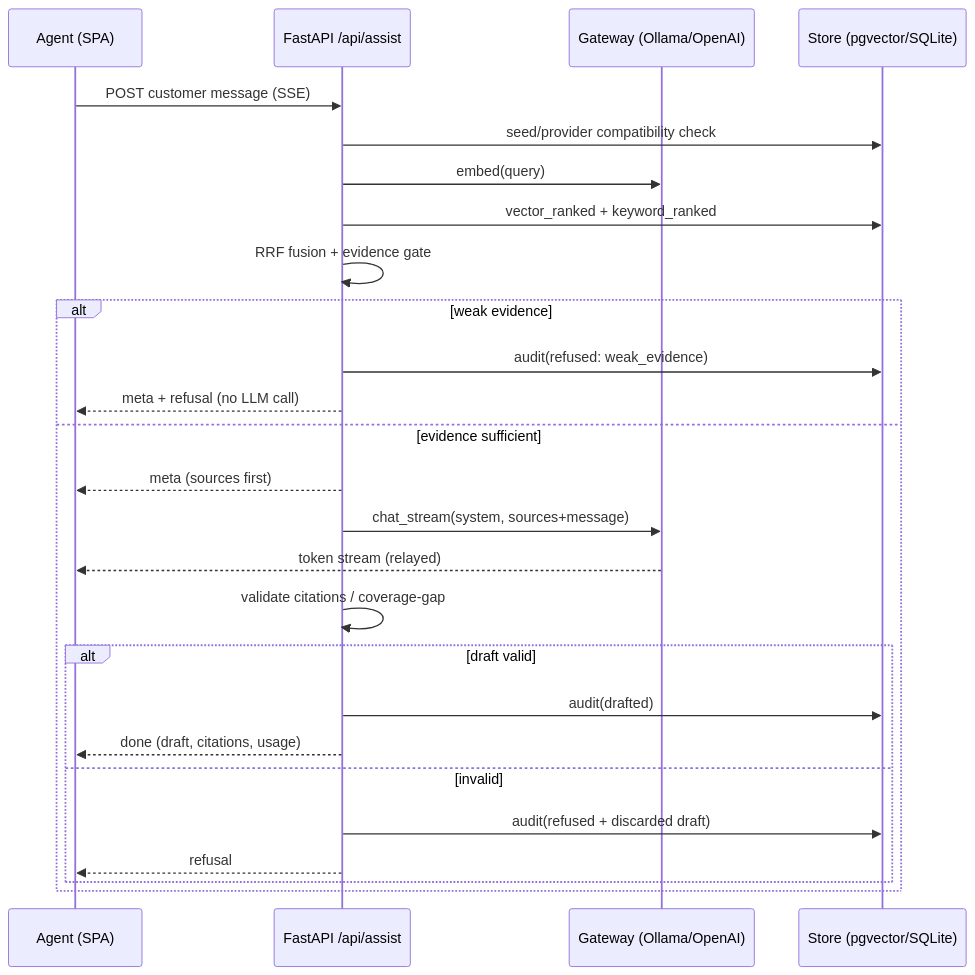
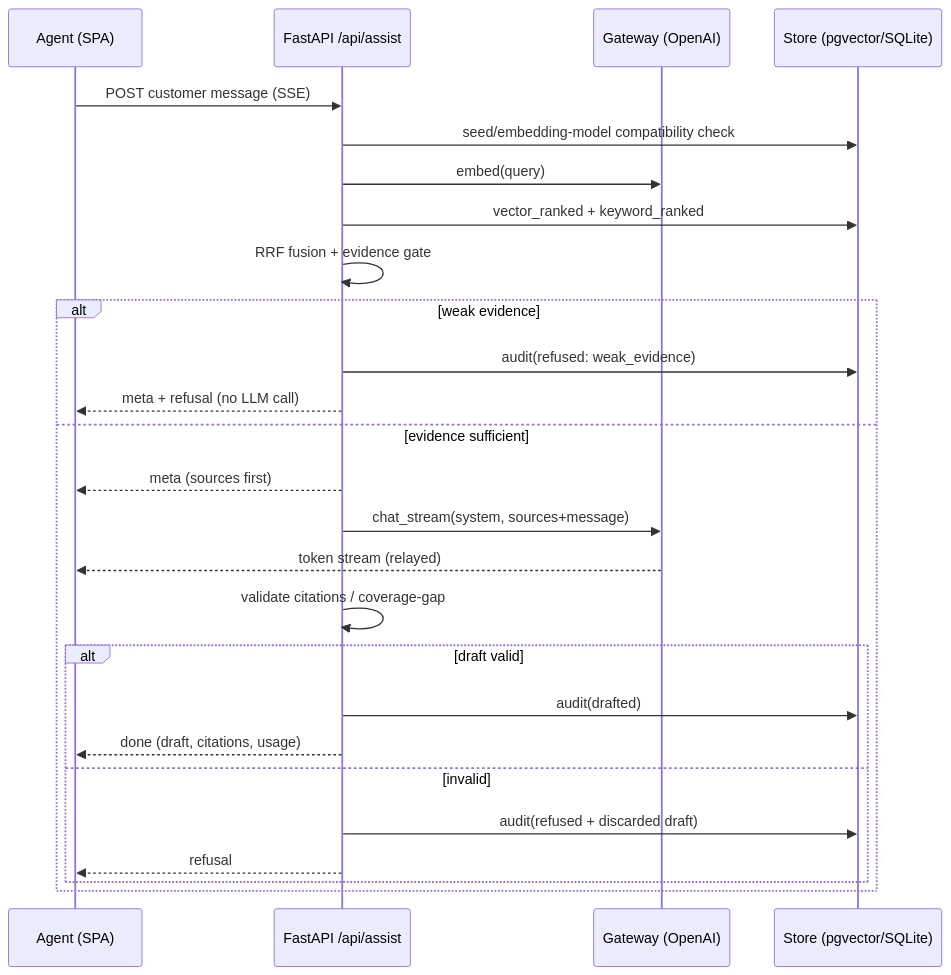
Before and after one commit to moschineS/ai-support-assistant: the third of 3 diagrams in docs/architecture.md, drawn with Mermaid. The commit also changed other lines of this file and 15 other files, not shown here.

Commit message:
remove Ollama path: single OpenAI-compatible gateway (Azure OpenAI in target), embed-model seed guard, typed HTTP error wrapping; docs and demo script updated, offline-fallback claim fixed

````diff
--- a/docs/architecture.md
+++ b/docs/architecture.md
@@ -89,29 +90,29 @@
 ```mermaid
 sequenceDiagram
     participant A as Agent (SPA)
     participant R as FastAPI /api/assist
-    participant G as Gateway (Ollama/OpenAI)
+    participant G as Gateway (OpenAI)
     participant S as Store (pgvector/SQLite)
 
     A->>R: POST customer message (SSE)
-    R->>S: seed/provider compatibility check
+    R->>S: seed/embedding-model compatibility check
     R->>G: embed(query)
     R->>S: vector_ranked + keyword_ranked
     R->>R: RRF fusion + evidence gate
     alt weak evidence
         R->>S: audit(refused: weak_evidence)
         R-->>A: meta + refusal (no LLM call)
     else evidence sufficient
         R-->>A: meta (sources first)
         R->>G: chat_stream(system, sources+message)
         G-->>A: token stream (relayed)
         R->>R: validate citations / coverage-gap
         alt draft valid
             R->>S: audit(drafted)
             R-->>A: done (draft, citations, usage)
         else invalid
             R->>S: audit(refused + discarded draft)
             R-->>A: refusal
         end
     end
 ```
````
